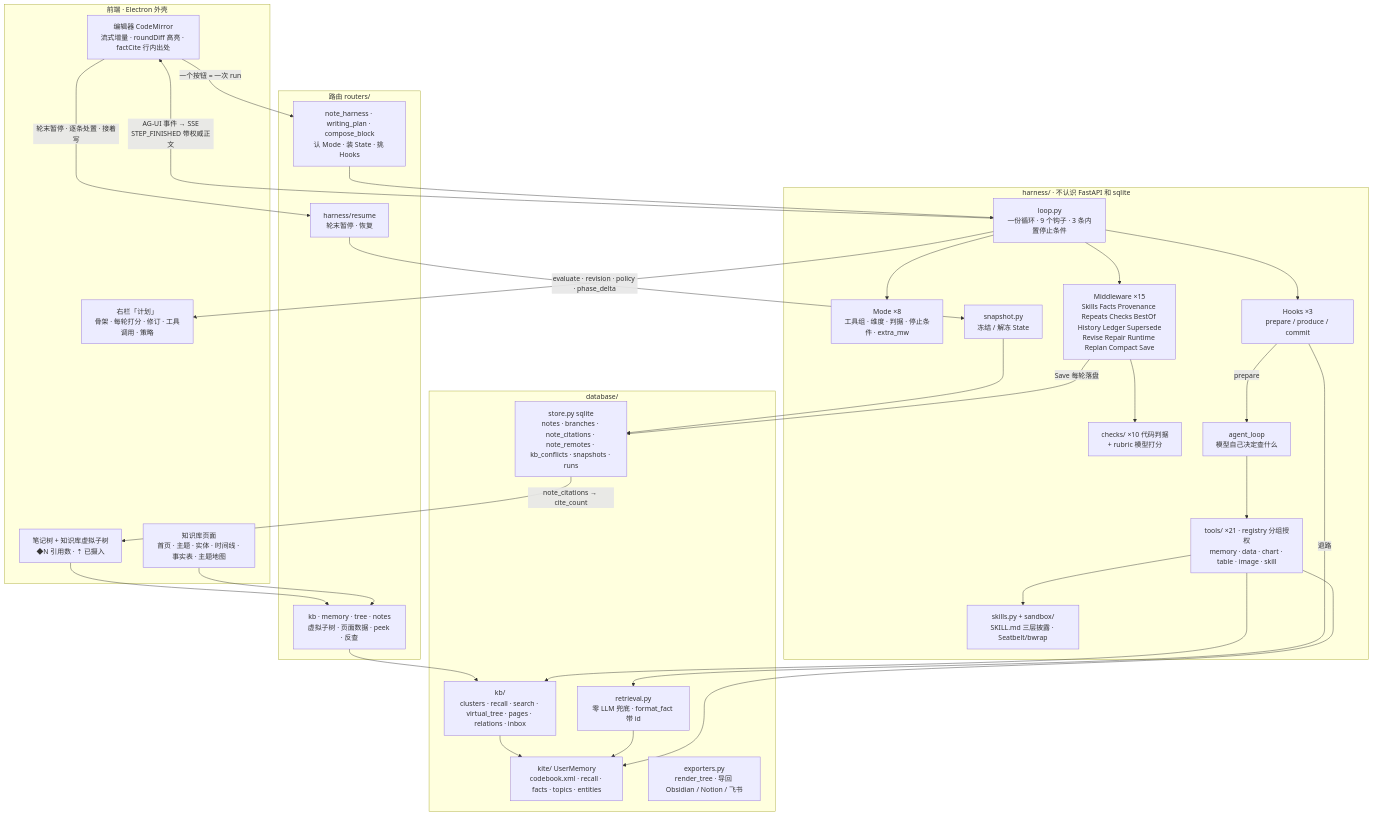
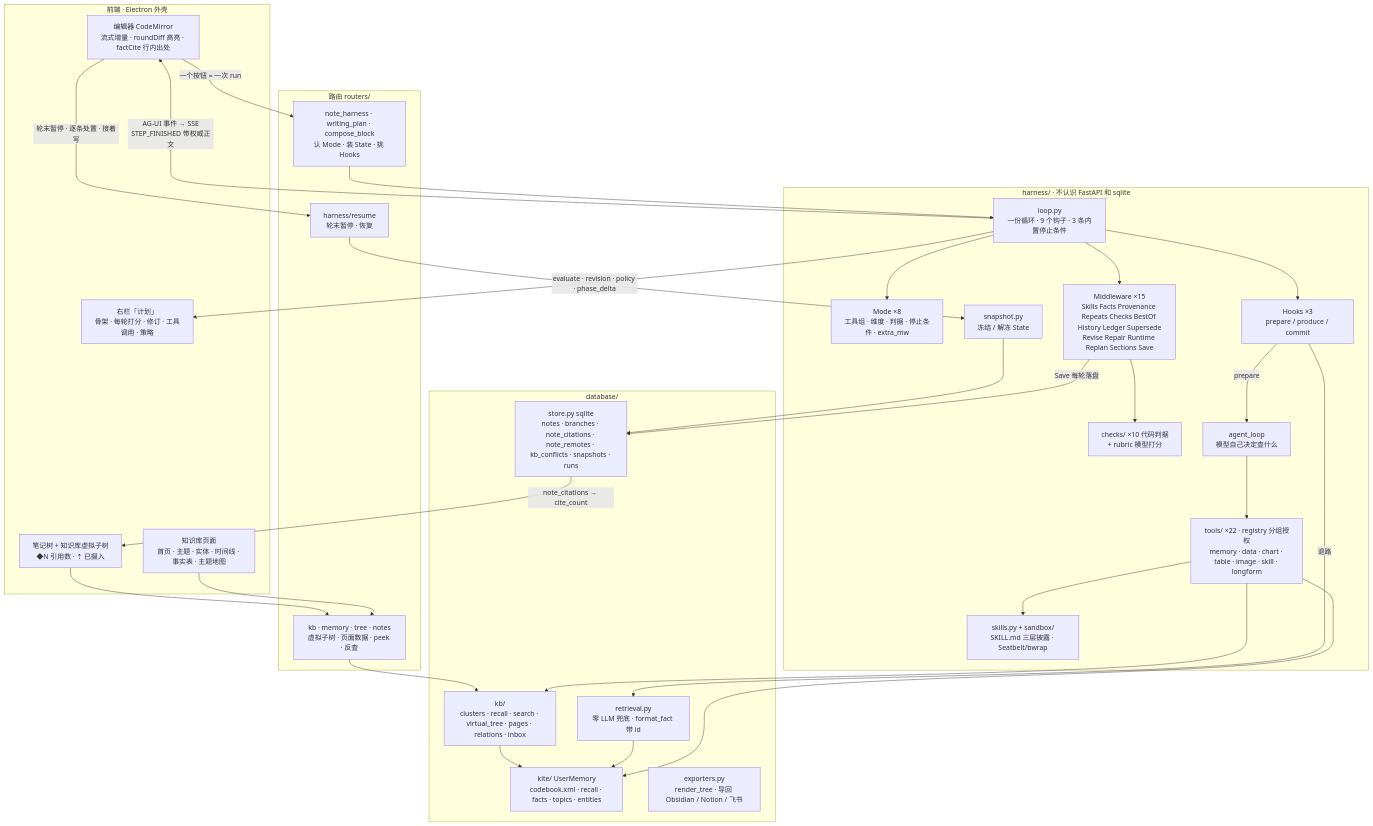
Before and after one commit to huilongbaba/MEMOKET_NOTE: the diagram in docs/harness-framework.md, drawn with Mermaid. The commit also changed other lines of this file and 32 other files, not shown here.

````diff
--- a/docs/harness-framework.md
+++ b/docs/harness-framework.md
@@ -41,60 +41,60 @@
 ```mermaid
 flowchart TB
   subgraph UI["前端 · Electron 外壳"]
     ED["编辑器 CodeMirror<br/>流式增量 · roundDiff 高亮 · factCite 行内出处"]
     PLAN["右栏「计划」<br/>骨架 · 每轮打分 · 修订 · 工具调用 · 策略"]
     TREE["笔记树 + 知识库虚拟子树<br/>◆N 引用数 · ⇡ 已摄入"]
     KBP["知识库页面<br/>首页 · 主题 · 实体 · 时间线 · 事实表 · 主题地图"]
   end
 
   subgraph API["路由 routers/"]
     NH["note_harness · writing_plan · compose_block<br/>认 Mode · 装 State · 挑 Hooks"]
     RS["harness/resume<br/>轮末暂停 · 恢复"]
     KBR["kb · memory · tree · notes<br/>虚拟子树 · 页面数据 · peek · 反查"]
   end
 
   subgraph H["harness/ · 不认识 FastAPI 和 sqlite"]
     LOOP["loop.py<br/>一份循环 · 9 个钩子 · 3 条内置停止条件"]
     MODE["Mode ×8<br/>工具组 · 维度 · 判据 · 停止条件 · extra_mw"]
     HOOKS["Hooks ×3<br/>prepare / produce / commit"]
-    MW["Middleware ×15<br/>Skills Facts Provenance Repeats Checks BestOf History Ledger Supersede<br/>Revise Repair Runtime Replan Compact Save"]
+    MW["Middleware ×15<br/>Skills Facts Provenance Repeats Checks BestOf History Ledger Supersede<br/>Revise Repair Runtime Replan Sections Save"]
     CHK["checks/ ×10 代码判据<br/>+ rubric 模型打分"]
-    TOOLS["tools/ ×21 · registry 分组授权<br/>memory · data · chart · table · image · skill"]
+    TOOLS["tools/ ×22 · registry 分组授权<br/>memory · data · chart · table · image · skill · longform"]
     AL["agent_loop<br/>模型自己决定查什么"]
     SK["skills.py + sandbox/<br/>SKILL.md 三层披露 · Seatbelt/bwrap"]
     SNAP["snapshot.py<br/>冻结 / 解冻 State"]
   end
 
   subgraph DB["database/"]
     STORE["store.py sqlite<br/>notes · branches · note_citations · note_remotes · kb_conflicts · snapshots · runs"]
     KITE["kite/ UserMemory<br/>codebook.xml · recall · facts · topics · entities"]
     KB["kb/<br/>clusters · recall · search · virtual_tree · pages · relations · inbox"]
     EXP["exporters.py<br/>render_tree · 导回 Obsidian / Notion / 飞书"]
     RET["retrieval.py<br/>零 LLM 兜底 · format_fact 带 id"]
   end
 
   ED -- "一个按钮 = 一次 run" --> NH
   NH --> LOOP
   LOOP --> MODE
   LOOP --> HOOKS
   LOOP --> MW
   MW --> CHK
   HOOKS -- prepare --> AL
   AL --> TOOLS
   TOOLS --> KITE
   TOOLS --> KB
   TOOLS --> SK
   HOOKS -- 退路 --> RET
   RET --> KITE
   MW -- Save 每轮落盘 --> STORE
   SNAP --> STORE
   RS --> SNAP
   LOOP -- "AG-UI 事件 → SSE<br/>STEP_FINISHED 带权威正文" --> ED
   LOOP -- "evaluate · revision · policy · phase_delta" --> PLAN
   STORE -- "note_citations → cite_count" --> TREE
   KBR --> KB
   KB --> KITE
   KBP --> KBR
   TREE --> KBR
   ED -- "轮末暂停 · 逐条处置 · 接着写" --> RS
 ```
````
